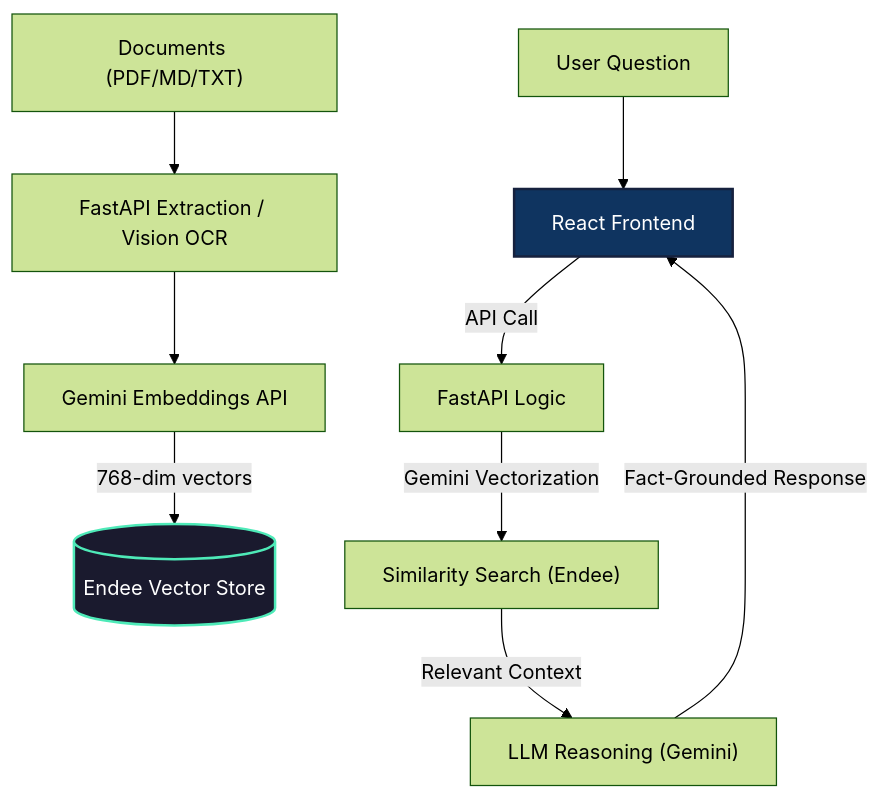
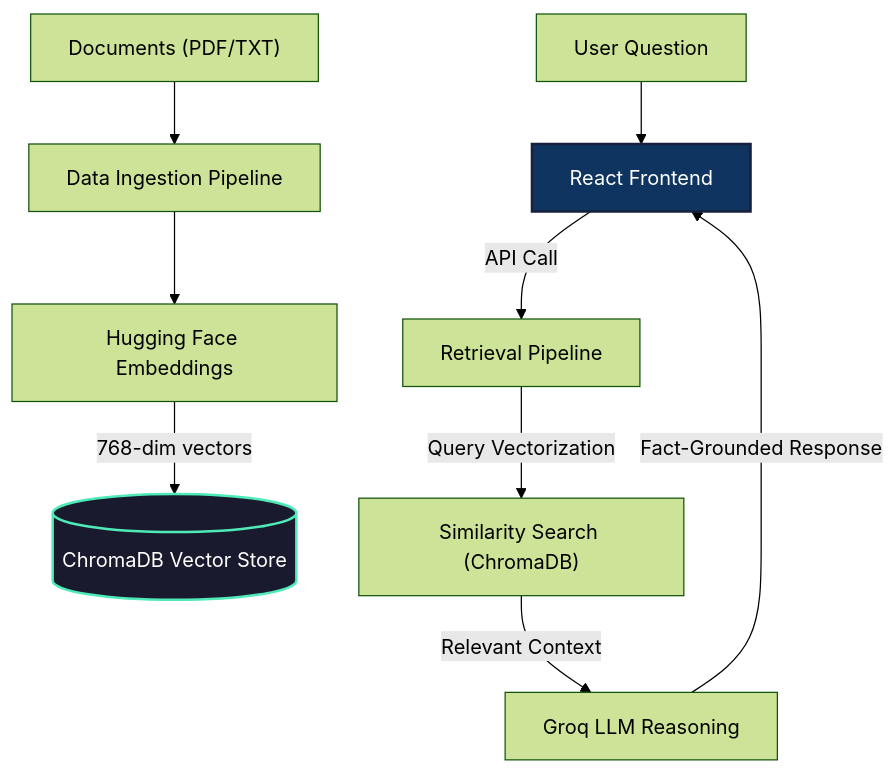
One commit to Vikash9546/CuratorAI changed the diagram in README.md. Above: the diagram before and after it, drawn with Mermaid (forest theme). The commit also changed other lines of this file and 18 other files, not shown here.

First line of the commit message:
feat: migrate to Groq + ChromaDB with modular pipeline architecture

````diff
--- a/README.md
+++ b/README.md
@@ -48,15 +46,15 @@
 ```mermaid
 graph TD
-    A["Documents (PDF/MD/TXT)"] --> B["FastAPI Extraction / Vision OCR"]
-    B --> C["Gemini Embeddings API"]
-    C -->|768-dim vectors| E[("Endee Vector Store")]
+    A["Documents (PDF/TXT)"] --> B["Data Ingestion Pipeline"]
+    B --> C["Hugging Face Embeddings"]
+    C -->|768-dim vectors| E[("ChromaDB Vector Store")]
     
     F["User Question"] --> G["React Frontend"]
-    G -->|API Call| H["FastAPI Logic"]
-    H -->|Gemini Vectorization| I["Similarity Search (Endee)"]
-    I -->|"Relevant Context"| J["LLM Reasoning (Gemini)"]
+    G -->|API Call| H["Retrieval Pipeline"]
+    H -->|Query Vectorization| I["Similarity Search (ChromaDB)"]
+    I -->|"Relevant Context"| J["Groq LLM Reasoning"]
     J -->|"Fact-Grounded Response"| G
 
     style E fill:#1a1a2e,stroke:#4eeab8,stroke-width:2px,color:#fff
     style G fill:#0f3460,stroke:#16213e,stroke-width:2px,color:#fff
 ```
````
